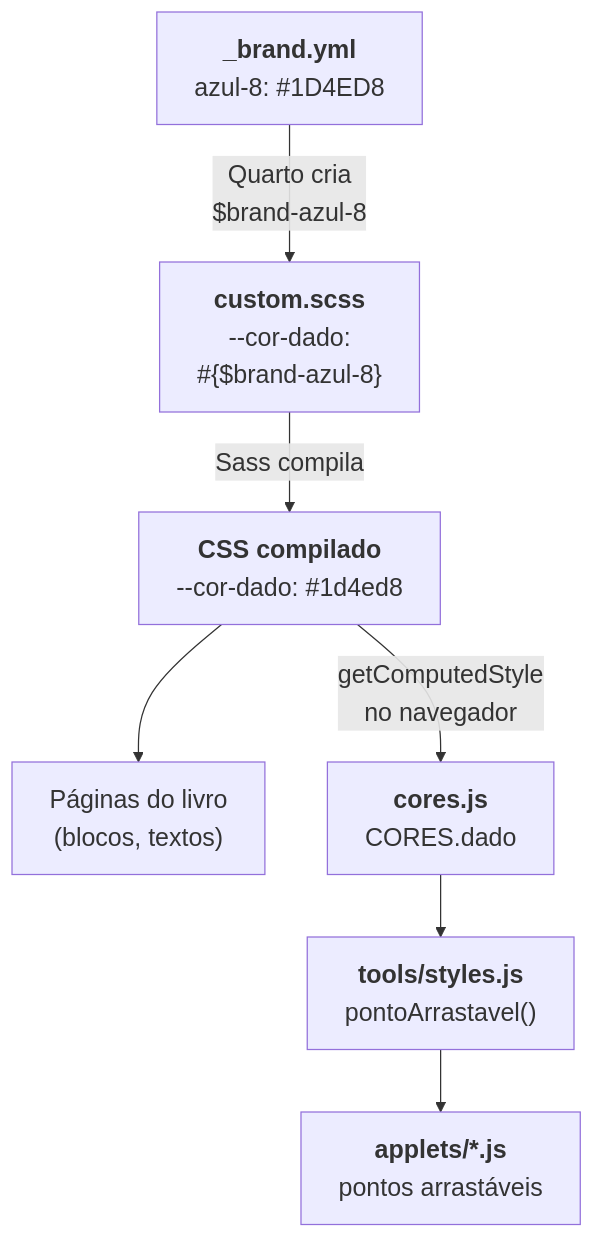
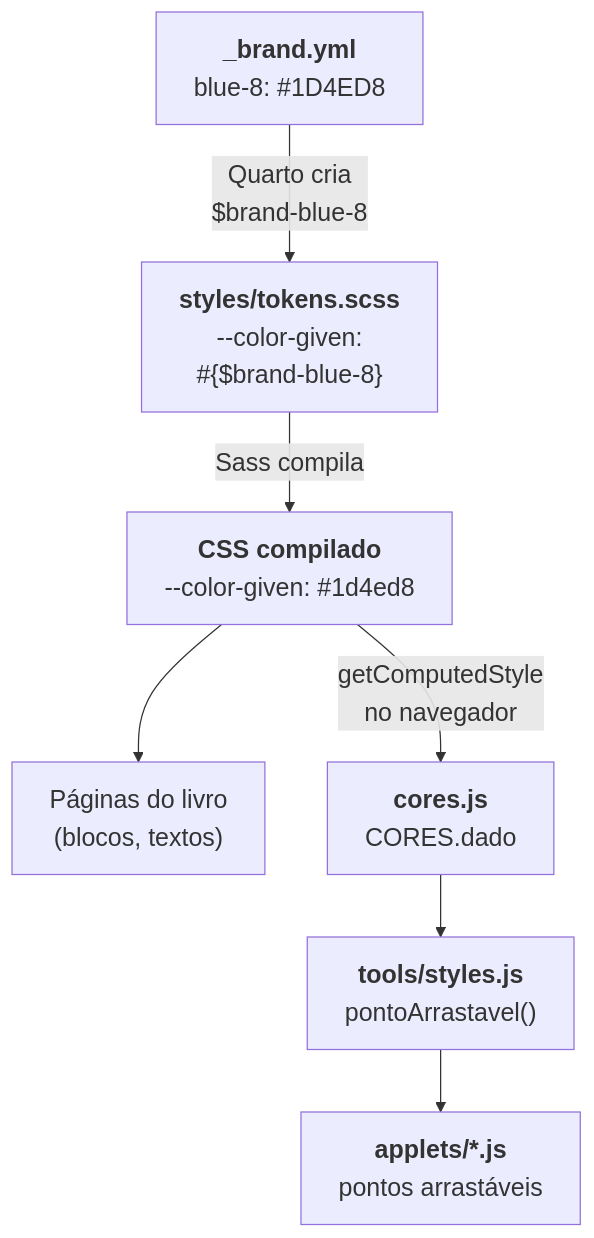
One commit to lcmerlo/livro-online-fcg changed the fourth of 9 diagrams in _interno/diretrizes/arquitetura.md. Above: the diagram before and after it, drawn with Mermaid. The commit also changed other lines of this file and 6 other files, not shown here.

````diff
--- a/_interno/diretrizes/arquitetura.md
+++ b/_interno/diretrizes/arquitetura.md
@@ -298,18 +322,18 @@
 ```mermaid
 %%{init: {"themeVariables": {"fontSize": "20px"}, "flowchart": {"wrappingWidth": 420}}}%%
 flowchart TD
-    b["<b>_brand.yml</b><br/>azul-8: #1D4ED8"]
-    s["<b>custom.scss</b><br/>--cor-dado:<br/>#{$brand-azul-8}"]
-    css["<b>CSS compilado</b><br/>--cor-dado: #1d4ed8"]
+    b["<b>_brand.yml</b><br/>blue-8: #1D4ED8"]
+    s["<b>styles/tokens.scss</b><br/>--color-given:<br/>#{$brand-blue-8}"]
+    css["<b>CSS compilado</b><br/>--color-given: #1d4ed8"]
     site["Páginas do livro<br/>(blocos, textos)"]
     c["<b>cores.js</b><br/>CORES.dado"]
     st["<b>tools/styles.js</b><br/>pontoArrastavel()"]
     a["<b>applets/*.js</b><br/>pontos arrastáveis"]
 
-    b -->|"Quarto cria<br/>$brand-azul-8"| s
+    b -->|"Quarto cria<br/>$brand-blue-8"| s
     s -->|"Sass compila"| css
     css --> site
     css -->|"getComputedStyle<br/>no navegador"| c
     c --> st
     st --> a
 ```
````
